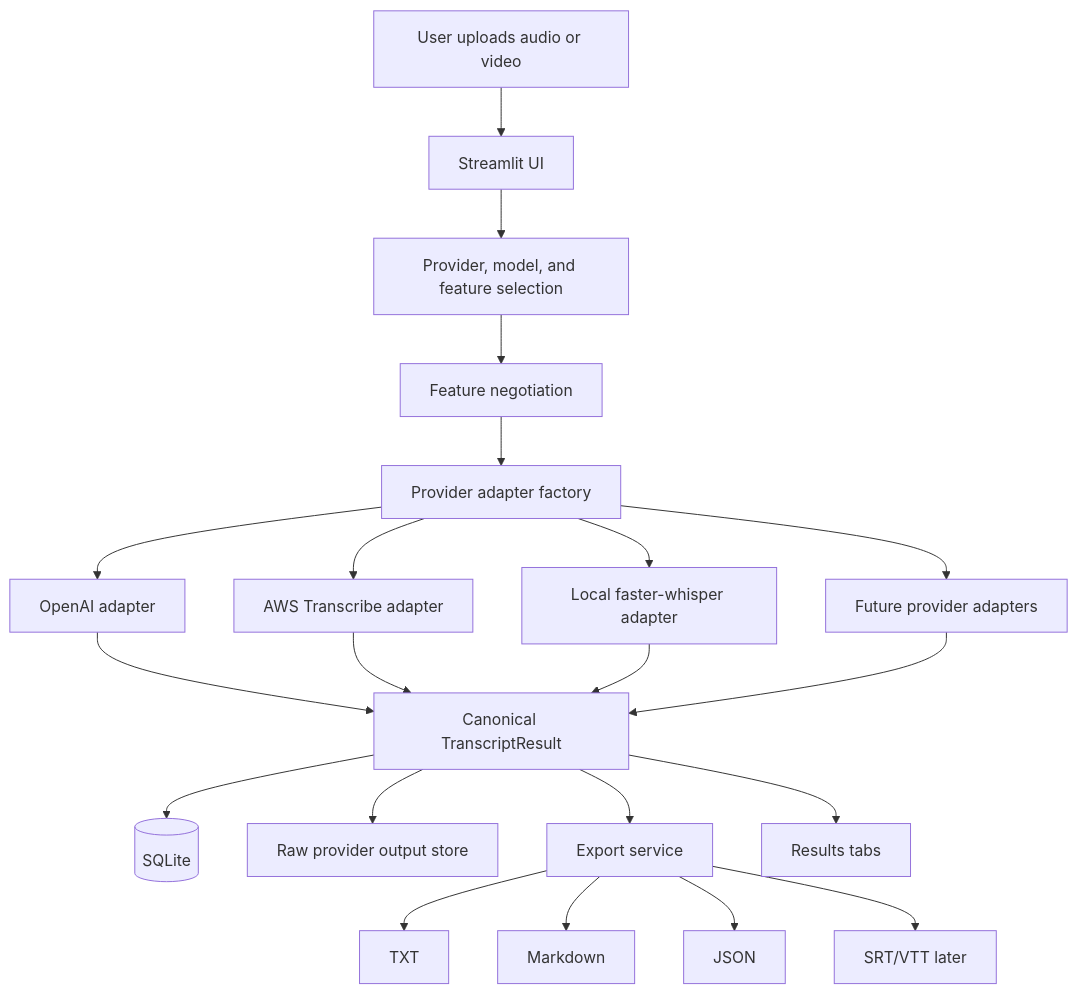
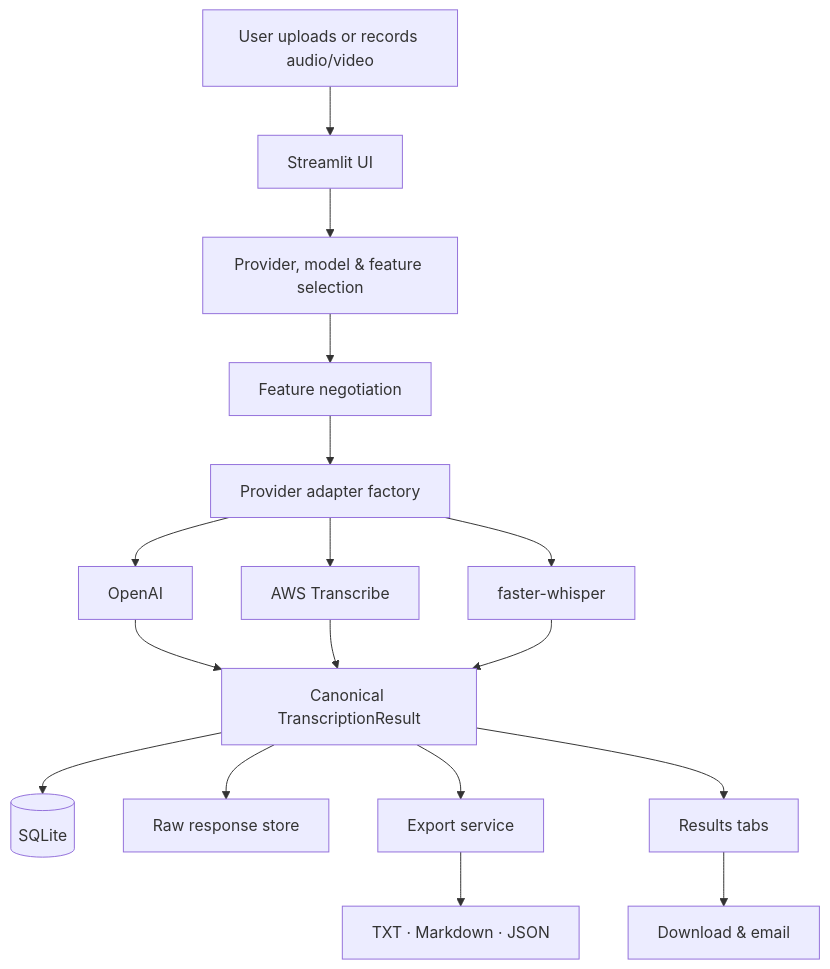
Before and after one commit to dagny099/baba-transcription-service: the diagram in README.md, drawn with Mermaid. The commit also changed other lines of this file and 1 other file, not shown here.

````diff
--- a/README.md
+++ b/README.md
@@ -79,27 +78,23 @@
 ```mermaid
 flowchart TD
-    U[User uploads audio or video] --> UI[Streamlit UI]
-    UI --> CFG[Provider, model, and feature selection]
+    U[User uploads or records audio/video] --> UI[Streamlit UI]
+    UI --> CFG[Provider, model & feature selection]
     CFG --> NEG[Feature negotiation]
     NEG --> ADAPT[Provider adapter factory]
 
-    ADAPT --> OAI[OpenAI adapter]
-    ADAPT --> AWS[AWS Transcribe adapter]
-    ADAPT --> LOCAL[Local faster-whisper adapter]
-    ADAPT --> FUTURE[Future provider adapters]
+    ADAPT --> OAI[OpenAI]
+    ADAPT --> AWS[AWS Transcribe]
+    ADAPT --> LOCAL[faster-whisper]
 
-    OAI --> CANON[Canonical TranscriptResult]
+    OAI --> CANON[Canonical TranscriptionResult]
     AWS --> CANON
     LOCAL --> CANON
-    FUTURE --> CANON
 
     CANON --> DB[(SQLite)]
-    CANON --> RAW[Raw provider output store]
+    CANON --> RAW[Raw response store]
     CANON --> EXP[Export service]
     CANON --> TABS[Results tabs]
 
-    EXP --> TXT[TXT]
-    EXP --> MD[Markdown]
-    EXP --> JSON[JSON]
-    EXP --> CAP[SRT/VTT later]
+    EXP --> OUT[TXT · Markdown · JSON]
+    TABS --> SHARE[Download & email]
 ```
````
